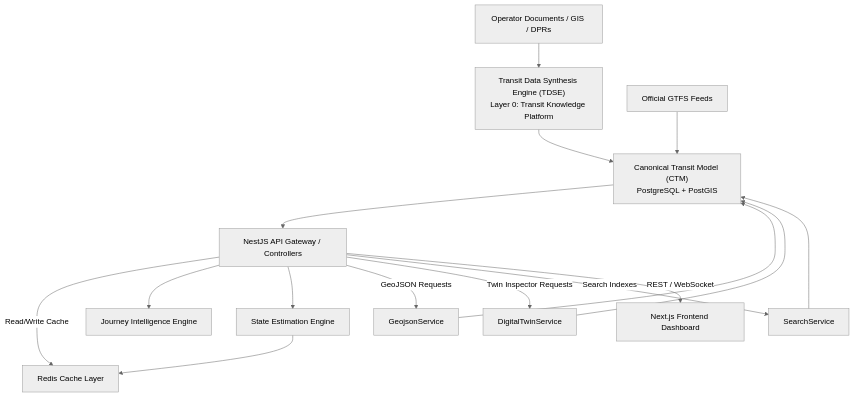
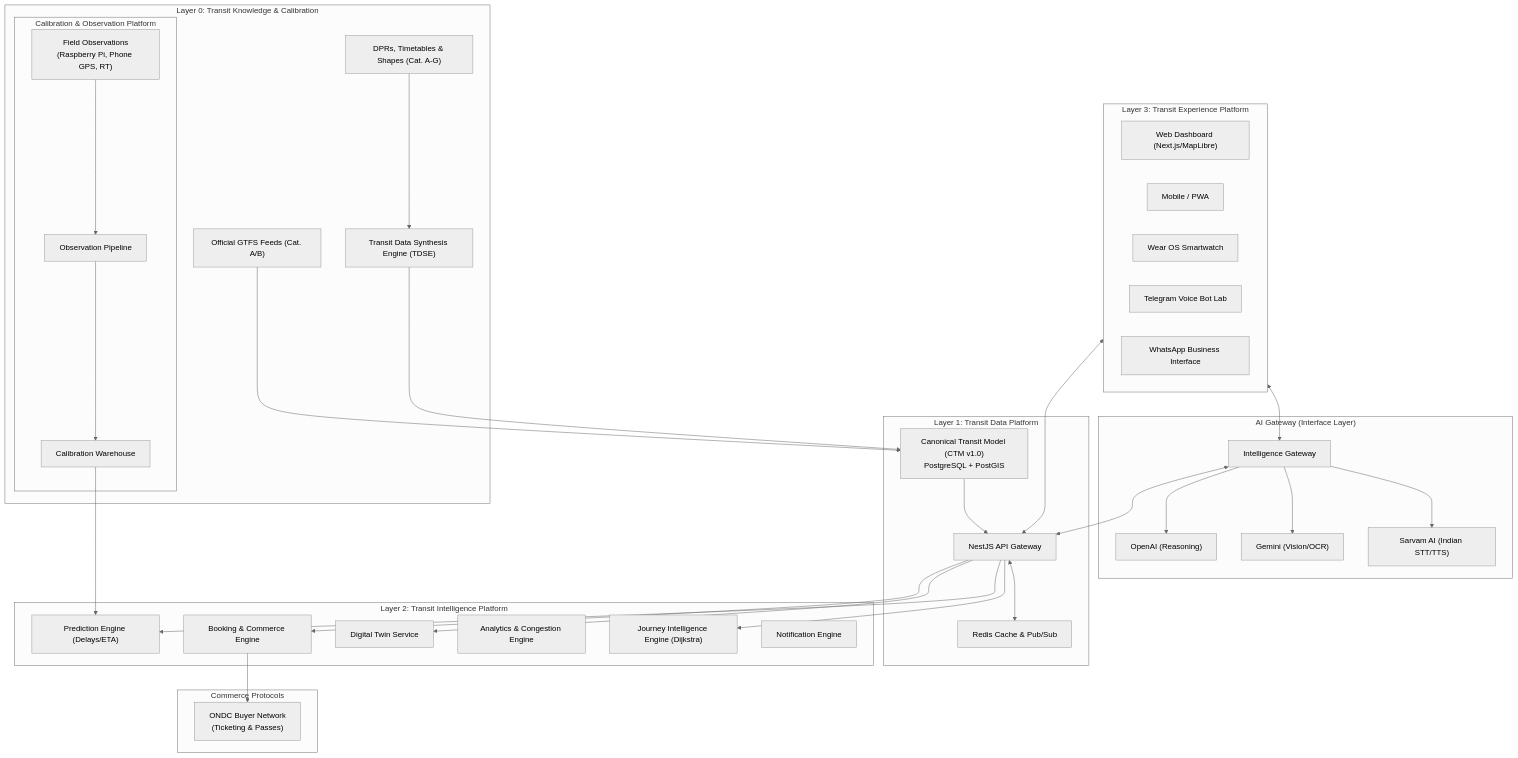
The first of 2 diagrams in ARCHITECTURE.md (Gautam2665/MetroRadar), drawn with Mermaid (neutral theme) before and after one commit. The commit also changed other lines of this file and 2 other files, not shown here.

Commit message:
docs(arch): lock in master TransitOS architecture, calibration & observation platform, and v0.6.5 national expansion roadmap

````diff
--- a/ARCHITECTURE.md
+++ b/ARCHITECTURE.md
@@ -13,31 +13,67 @@
 ```mermaid
 graph TD
-    Documents["Operator Documents / GIS / DPRs"]
-    TDSE["Transit Data Synthesis Engine (TDSE)\nLayer 0: Transit Knowledge Platform"]
-    OfficialGTFS["Official GTFS Feeds"]
-    CTM["Canonical Transit Model (CTM)\nPostgreSQL + PostGIS"]
-    API[NestJS API Gateway / Controllers]
-    JourneyEngine["Journey Intelligence Engine"]
-    SEE["State Estimation Engine"]
-    GeoService[GeojsonService]
-    TwinService[DigitalTwinService]
-    SearchService[SearchService]
-    Redis[Redis Cache Layer]
-    Client[Next.js Frontend Dashboard]
-    
-    Documents --> TDSE
-    OfficialGTFS --> CTM
-    TDSE --> CTM
-    CTM --> API
-    API -->|Read/Write Cache| Redis
-    API --> JourneyEngine
-    API --> SEE
-    API -->|GeoJSON Requests| GeoService
-    API -->|Twin Inspector Requests| TwinService
-    API -->|Search Indexes| SearchService
-    SEE --> Redis
-    GeoService --> CTM
-    TwinService --> CTM
-    SearchService --> CTM
-    API -->|REST / WebSocket| Client
+    subgraph Experience["Layer 3: Transit Experience Platform"]
+        Web["Web Dashboard (Next.js/MapLibre)"]
+        Mobile["Mobile / PWA"]
+        Watch["Wear OS Smartwatch"]
+        Telegram["Telegram Voice Bot Lab"]
+        WhatsApp["WhatsApp Business Interface"]
+    end
+
+    subgraph IntelligenceGateway["AI Gateway (Interface Layer)"]
+        IG["Intelligence Gateway"]
+        Sarvam["Sarvam AI (Indian STT/TTS)"]
+        Gemini["Gemini (Vision/OCR)"]
+        OpenAI["OpenAI (Reasoning)"]
+        IG --> Sarvam
+        IG --> Gemini
+        IG --> OpenAI
+    end
+
+    subgraph Intelligence["Layer 2: Transit Intelligence Platform"]
+        JourneyEngine["Journey Intelligence Engine (Dijkstra)"]
+        PredictionEngine["Prediction Engine (Delays/ETA)"]
+        TwinService["Digital Twin Service"]
+        AnalyticsEngine["Analytics & Congestion Engine"]
+        BookingEngine["Booking & Commerce Engine"]
+        NotificationEngine["Notification Engine"]
+    end
+
+    subgraph DataPlatform["Layer 1: Transit Data Platform"]
+        CTM["Canonical Transit Model (CTM v1.0)\nPostgreSQL + PostGIS"]
+        Redis["Redis Cache & Pub/Sub"]
+        APIGateway["NestJS API Gateway"]
+    end
+
+    subgraph Knowledge["Layer 0: Transit Knowledge & Calibration"]
+        GTFS["Official GTFS Feeds (Cat. A/B)"]
+        DPRs["DPRs, Timetables & Shapes (Cat. A-G)"]
+        TDSE["Transit Data Synthesis Engine (TDSE)"]
+        
+        subgraph Calibration["Calibration & Observation Platform"]
+            Obs["Field Observations\n(Raspberry Pi, Phone GPS, RT)"]
+            ObsPipe["Observation Pipeline"]
+            CalWarehouse["Calibration Warehouse"]
+            Obs --> ObsPipe --> CalWarehouse
+        end
+    end
+
+    subgraph Commerce["Commerce Protocols"]
+        ONDC["ONDC Buyer Network\n(Ticketing & Passes)"]
+    end
+
+    DPRs --> TDSE --> CTM
+    GTFS --> CTM
+    CalWarehouse --> PredictionEngine
+    CTM --> APIGateway
+    APIGateway <--> Redis
+    APIGateway --> JourneyEngine
+    APIGateway --> PredictionEngine
+    APIGateway --> TwinService
+    APIGateway --> BookingEngine
+    BookingEngine --> ONDC
+
+    APIGateway <--> Experience
+    IG <--> APIGateway
+    Experience <--> IG
 ```
````
